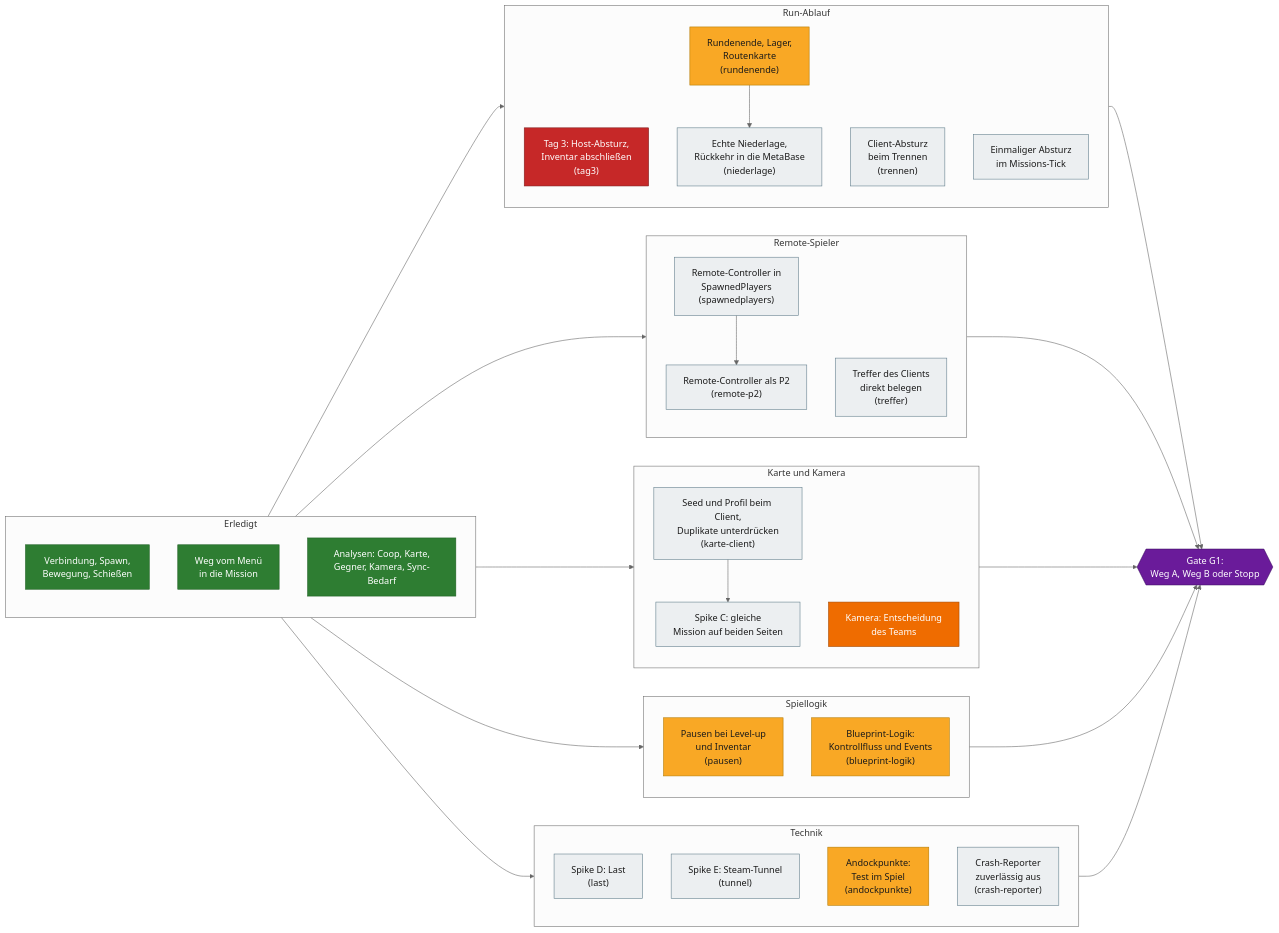
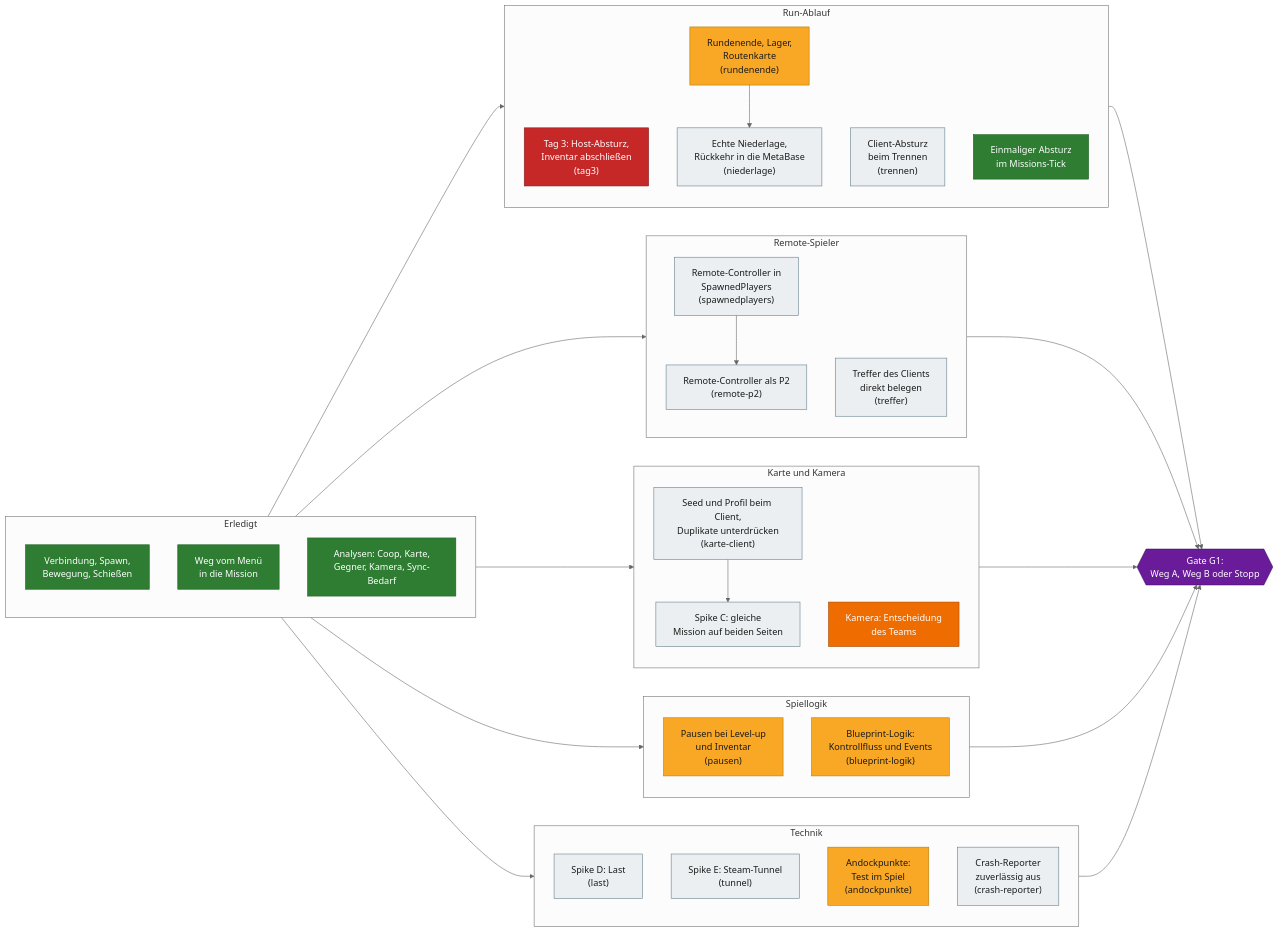
The second of 4 diagrams in docs/ROADMAP.md (VitaminStack/Deadly-Days-Roadtrip-Multiplayer-Mod), drawn with Mermaid (neutral theme) before and after one commit. The commit also changed 5 other files, not shown here.

Commit message:
tick-absturz: trace client crash 0x5A17ACC to missing MissionGameState (Tobi)

````diff
--- a/docs/ROADMAP.md
+++ b/docs/ROADMAP.md
@@ -71,64 +71,64 @@
 ```mermaid
 flowchart LR
     subgraph BASIS["Erledigt"]
         A1["Verbindung, Spawn,<br/>Bewegung, Schießen"]:::done
         A2["Weg vom Menü<br/>in die Mission"]:::done
         A3["Analysen: Coop, Karte,<br/>Gegner, Kamera, Sync-Bedarf"]:::done
     end
 
     subgraph RUN["Run-Ablauf"]
         T3["Tag 3: Host-Absturz,<br/>Inventar abschließen<br/>(tag3)"]:::blocker
         RE["Rundenende, Lager,<br/>Routenkarte<br/>(rundenende)"]:::wip
         NI["Echte Niederlage,<br/>Rückkehr in die MetaBase<br/>(niederlage)"]:::open
         TR["Client-Absturz<br/>beim Trennen<br/>(trennen)"]:::open
-        MT["Einmaliger Absturz<br/>im Missions-Tick"]:::open
+        MT["Einmaliger Absturz<br/>im Missions-Tick"]:::done
         RE --> NI
     end
 
     subgraph SPIELER["Remote-Spieler"]
         SP["Remote-Controller in<br/>SpawnedPlayers<br/>(spawnedplayers)"]:::open
         RP["Remote-Controller als P2<br/>(remote-p2)"]:::open
         TF["Treffer des Clients<br/>direkt belegen<br/>(treffer)"]:::open
         SP --> RP
     end
 
     subgraph WELT["Karte und Kamera"]
         KC["Seed und Profil beim Client,<br/>Duplikate unterdrücken<br/>(karte-client)"]:::open
         SC["Spike C: gleiche<br/>Mission auf beiden Seiten"]:::open
         KE["Kamera: Entscheidung<br/>des Teams"]:::decision
         KC --> SC
     end
 
     subgraph LOGIK["Spiellogik"]
         PA["Pausen bei Level-up<br/>und Inventar<br/>(pausen)"]:::wip
         BP["Blueprint-Logik:<br/>Kontrollfluss und Events<br/>(blueprint-logik)"]:::wip
     end
 
     subgraph TECHNIK["Technik"]
         LA["Spike D: Last<br/>(last)"]:::open
         TU["Spike E: Steam-Tunnel<br/>(tunnel)"]:::open
         AP["Andockpunkte:<br/>Test im Spiel<br/>(andockpunkte)"]:::wip
         CR["Crash-Reporter<br/>zuverlässig aus<br/>(crash-reporter)"]:::open
     end
 
     BASIS --> RUN
     BASIS --> SPIELER
     BASIS --> WELT
     BASIS --> LOGIK
     BASIS --> TECHNIK
 
     RUN --> G1
     SPIELER --> G1
     WELT --> G1
     LOGIK --> G1
     TECHNIK --> G1
 
     G1{{"Gate G1:<br/>Weg A, Weg B oder Stopp"}}:::gate
 
     classDef done fill:#2e7d32,stroke:#1b5e20,color:#ffffff
     classDef wip fill:#f9a825,stroke:#b27a00,color:#1a1a1a
     classDef open fill:#eceff1,stroke:#607d8b,color:#1a1a1a
     classDef blocker fill:#c62828,stroke:#7f1d1d,color:#ffffff
     classDef decision fill:#ef6c00,stroke:#a34800,color:#ffffff
     classDef gate fill:#6a1b9a,stroke:#3e1163,color:#ffffff
 ```
````
